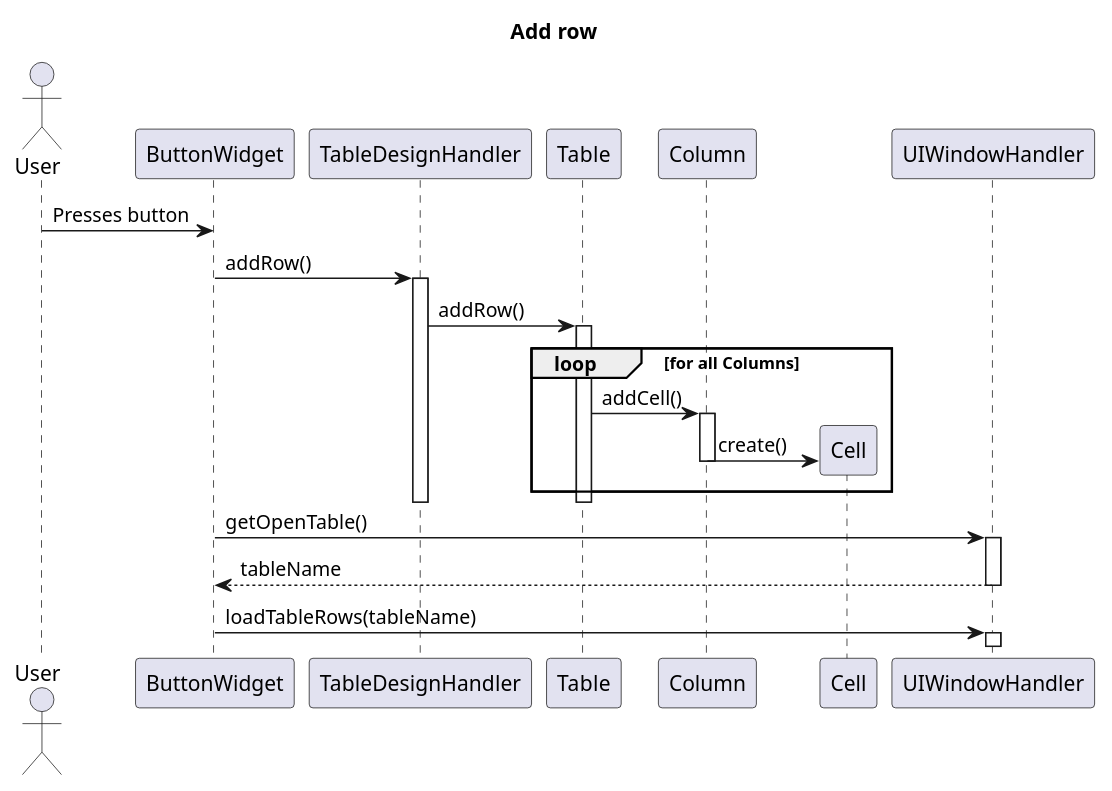
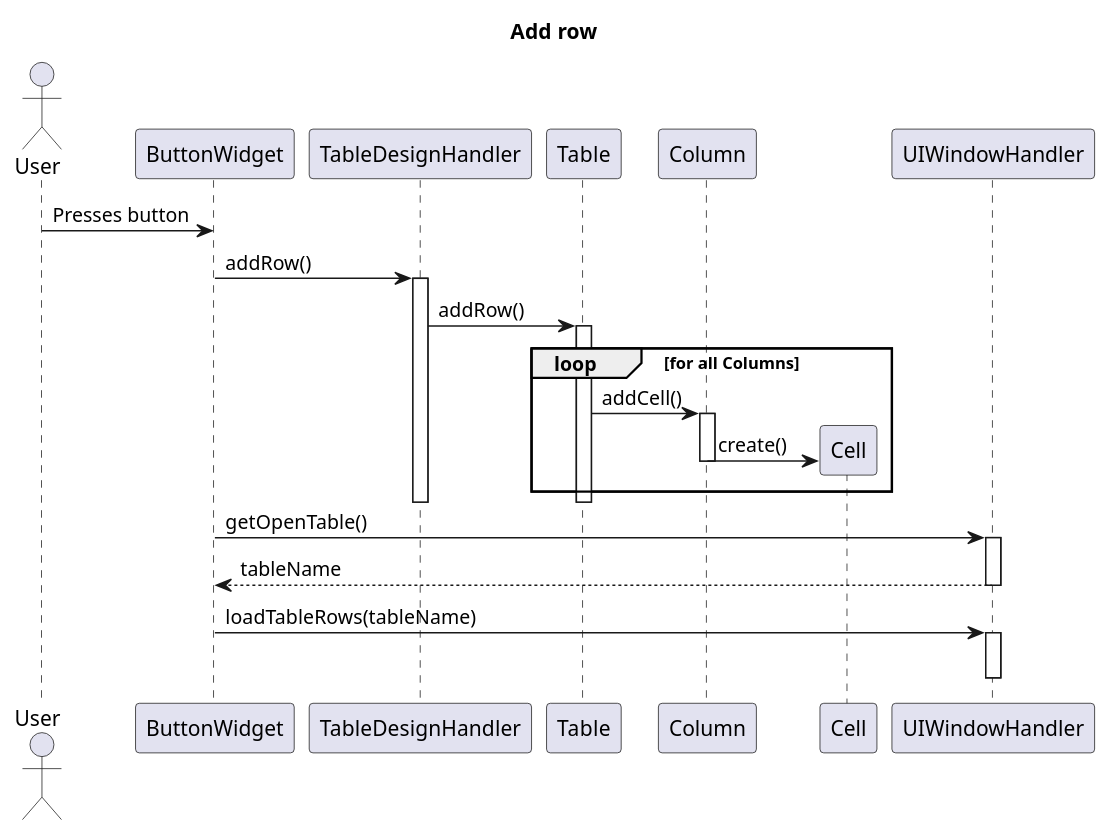
Before and after one commit to Bhamoss/softwareOntwerpProject: the diagram in diagrams/interactionDiagrams/addRow.puml, drawn with PlantUML. The commit also changed 94 other files, not shown here.

```diff
--- a/diagrams/interactionDiagrams/addRow.puml
+++ b/diagrams/interactionDiagrams/addRow.puml
@@ -1,27 +1,28 @@
 @startuml
 title Add row
 Actor User
 
 User->ButtonWidget: Presses button
 
 ButtonWidget -> TableDesignHandler: addRow()
 activate TableDesignHandler
 TableDesignHandler -> Table: addRow()
 activate Table
 loop for all Columns
     Table -> Column: addCell()
     activate Column
     create Cell
     Column -> Cell: create()
     deactivate Column
 end
 deactivate Table
 deactivate TableDesignHandler
 ButtonWidget -> UIWindowHandler: getOpenTable()
 activate UIWindowHandler
 ButtonWidget <-- UIWindowHandler: tableName
-deactivate
+deactivate UIWindowHandler
 ButtonWidget -> UIWindowHandler: loadTableRows(tableName)
 activate UIWindowHandler
+deactivate UIWindowHandler
 
 @enduml
```
